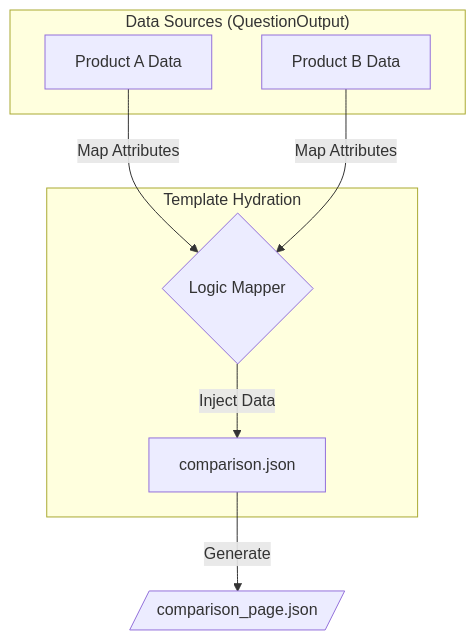
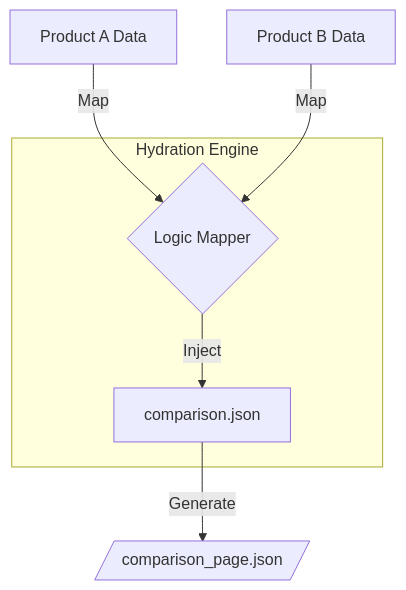
Before and after one commit to AMOGH1308/kasparro-ai-agentic-content-generation-system-Amogh-Guruprakash: the fourth of 4 diagrams in docs/projectdocumentation.md, drawn with Mermaid. The commit also changed other lines of this file, not shown here.

Commit message:
fixed the comparison logic diagram

````diff
--- a/docs/projectdocumentation.md
+++ b/docs/projectdocumentation.md
@@ -145,17 +146,17 @@
 ```mermaid
 graph TD
-    subgraph "Data Sources (QuestionOutput)"
-        A[Product A Data]
-        B[Product B Data]
+    SRC_A[Product A Data]
+    SRC_B[Product B Data]
+    
+    subgraph "Hydration Engine"
+        Mapper{Logic Mapper}
+        Template[comparison.json]
     end
 
-    subgraph "Template Hydration"
-        Map{Logic Mapper}
-        Tpl[comparison.json]
-    end
+    Final[/comparison_page.json/]
 
-    A -->|Map Attributes| Map
-    B -->|Map Attributes| Map
-    Map -->|Inject Data| Tpl
-    Tpl -->|Generate| Final[/comparison_page.json/]
+    SRC_A -->|Map| Mapper
+    SRC_B -->|Map| Mapper
+    Mapper -->|Inject| Template
+    Template -->|Generate| Final
 ```
````
